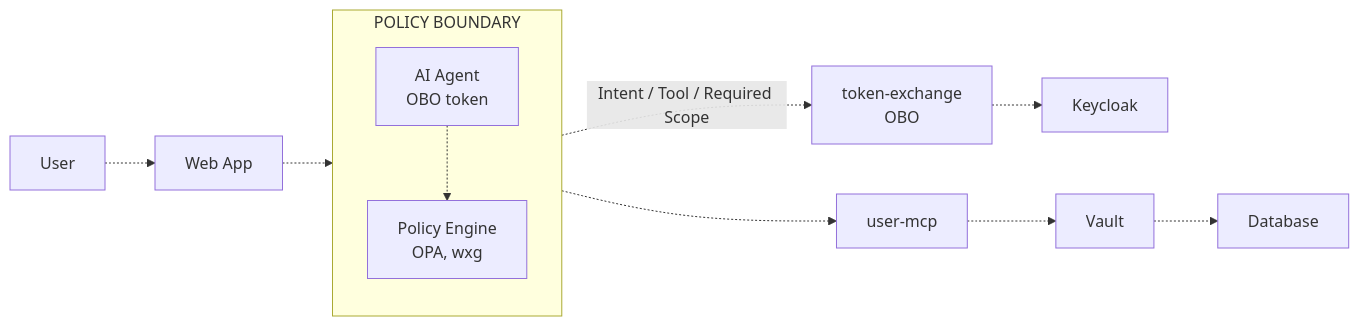
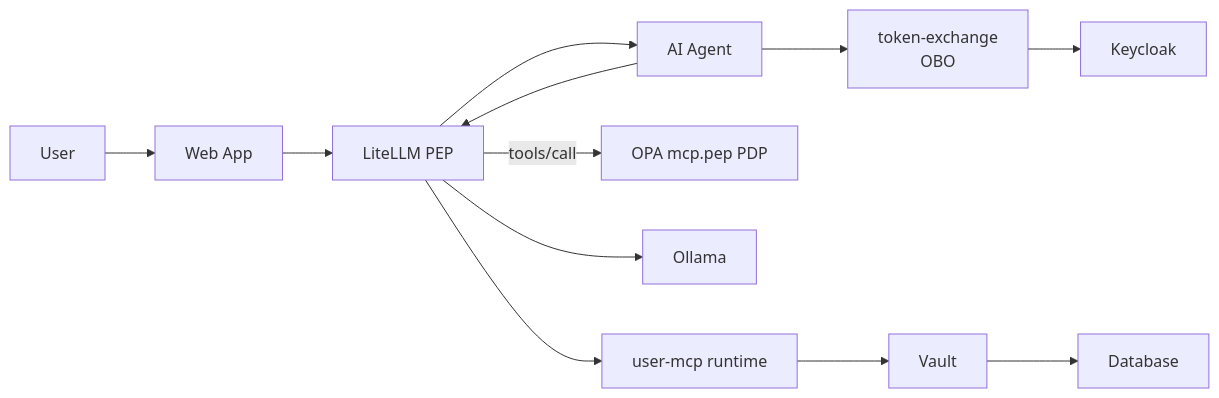
One commit to GuyBarros/vault_ars_minikube_keycloak_litellm changed the diagram in README.md. Above: the diagram before and after it, drawn with Mermaid. The commit also changed other lines of this file and 47 other files, not shown here.

First line of the commit message:
Move MCP tools/call PEP to LiteLLM and OPA mcp.pep.

````diff
--- a/README.md
+++ b/README.md
@@ -11,25 +11,25 @@
 ```mermaid
 flowchart LR
     user[User]
     web[Web App]
+    gw[LiteLLM PEP]
     exchange["token-exchange<br>OBO"]
     verify[Keycloak]
-    mcp[user-mcp]
+    mcp[user-mcp runtime]
     vault[Vault]
     db[Database]
+    opa["OPA mcp.pep PDP"]
+    llm[Ollama]
 
-    subgraph boundary[POLICY BOUNDARY]
-        direction TB
-        agent["AI Agent<br>OBO token"]
-        policy["Policy Engine<br>OPA, wxg"]
-        agent -.-> policy
-    end
-
-    user -.-> web
-    web -.-> policy
-    policy -. Intent / Tool / Required Scope .-> exchange
-    exchange -.-> verify
-    policy -.-> mcp
-    mcp -.-> vault
-    vault -.-> db
+    user --> web
+    web --> gw
+    gw --> agent[AI Agent]
+    agent --> exchange
+    exchange --> verify
+    agent --> gw
+    gw --> llm
+    gw -->|"tools/call"| opa
+    gw --> mcp
+    mcp --> vault
+    vault --> db
 ```
````
